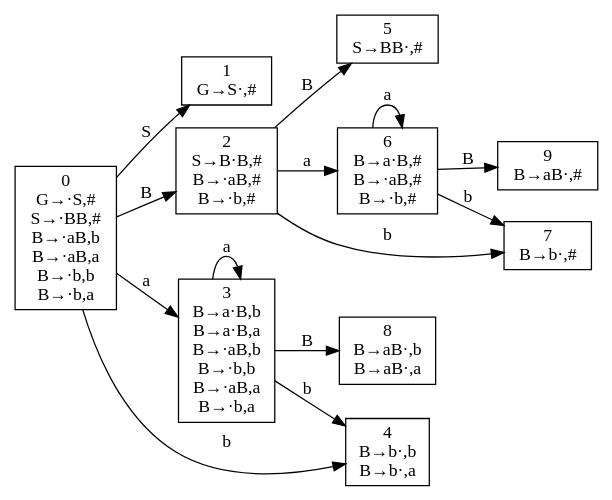
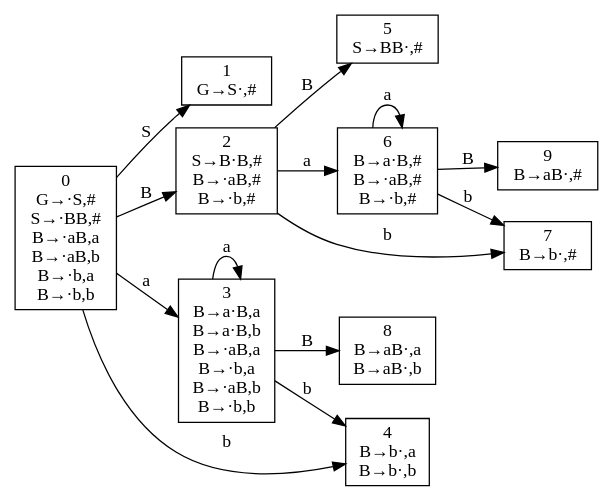
Before and after one commit to 1918190/2021_Compilation_Principle: the diagram in dfa.gv, drawn with Graphviz. The commit also changed other lines of this file and 3 other files, not shown here.

```diff
--- a/dfa.gv
+++ b/dfa.gv
@@ -1,135 +1,135 @@
 digraph "deterministic finite automaton" {
 	rankdir=LR size="8,5"
 	node [shape=rectangle]
 	"0
 G→·S,#
 S→·BB,#
+B→·aB,a
 B→·aB,b
-B→·aB,a
+B→·b,a
 B→·b,b
-B→·b,a
 " -> "1
 G→S·,#
 " [label=S]
 	"0
 G→·S,#
 S→·BB,#
+B→·aB,a
 B→·aB,b
-B→·aB,a
+B→·b,a
 B→·b,b
-B→·b,a
 " -> "2
 S→B·B,#
 B→·aB,#
 B→·b,#
 " [label=B]
 	"0
 G→·S,#
 S→·BB,#
+B→·aB,a
 B→·aB,b
+B→·b,a
+B→·b,b
+" -> "3
+B→a·B,a
+B→a·B,b
 B→·aB,a
-B→·b,b
 B→·b,a
-" -> "3
-B→a·B,b
-B→a·B,a
 B→·aB,b
 B→·b,b
-B→·aB,a
-B→·b,a
 " [label=a]
 	"0
 G→·S,#
 S→·BB,#
+B→·aB,a
 B→·aB,b
-B→·aB,a
+B→·b,a
 B→·b,b
-B→·b,a
 " -> "4
+B→b·,a
 B→b·,b
-B→b·,a
 " [label=b]
 	"2
 S→B·B,#
 B→·aB,#
 B→·b,#
 " -> "5
 S→BB·,#
 " [label=B]
 	"2
 S→B·B,#
 B→·aB,#
 B→·b,#
 " -> "6
 B→a·B,#
 B→·aB,#
 B→·b,#
 " [label=a]
 	"2
 S→B·B,#
 B→·aB,#
 B→·b,#
 " -> "7
 B→b·,#
 " [label=b]
 	"3
+B→a·B,a
 B→a·B,b
-B→a·B,a
+B→·aB,a
+B→·b,a
 B→·aB,b
 B→·b,b
+" -> "8
+B→aB·,a
+B→aB·,b
+" [label=B]
+	"3
+B→a·B,a
+B→a·B,b
 B→·aB,a
 B→·b,a
-" -> "8
-B→aB·,b
-B→aB·,a
-" [label=B]
-	"3
-B→a·B,b
-B→a·B,a
 B→·aB,b
 B→·b,b
+" -> "3
+B→a·B,a
+B→a·B,b
 B→·aB,a
 B→·b,a
-" -> "3
-B→a·B,b
-B→a·B,a
 B→·aB,b
 B→·b,b
+" [label=a]
+	"3
+B→a·B,a
+B→a·B,b
 B→·aB,a
 B→·b,a
-" [label=a]
-	"3
-B→a·B,b
-B→a·B,a
 B→·aB,b
 B→·b,b
-B→·aB,a
-B→·b,a
 " -> "4
+B→b·,a
 B→b·,b
-B→b·,a
 " [label=b]
 	"6
 B→a·B,#
 B→·aB,#
 B→·b,#
 " -> "9
 B→aB·,#
 " [label=B]
 	"6
 B→a·B,#
 B→·aB,#
 B→·b,#
 " -> "6
 B→a·B,#
 B→·aB,#
 B→·b,#
 " [label=a]
 	"6
 B→a·B,#
 B→·aB,#
 B→·b,#
 " -> "7
 B→b·,#
 " [label=b]
 }
```
